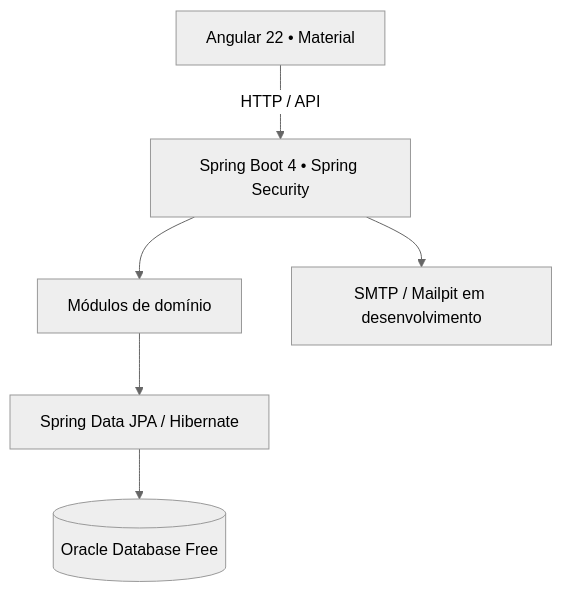
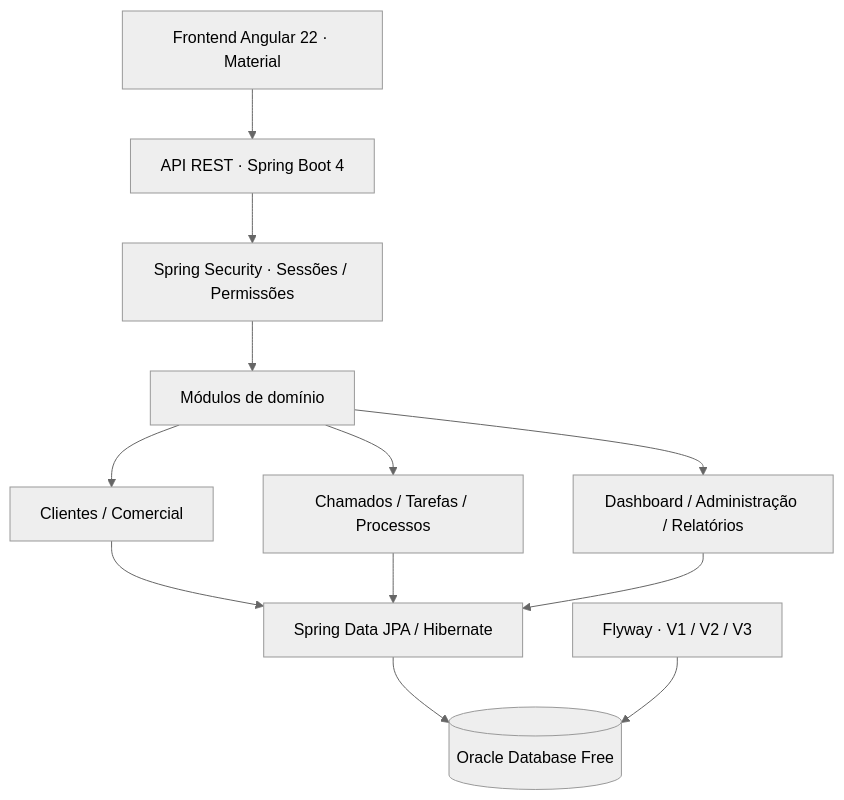
One commit to WalterMatheusgg/NEXUS changed the diagram in README.md. Above: the diagram before and after it, drawn with Mermaid (neutral theme). The commit also changed other lines of this file, not shown here.

Commit message:
docs: redesign flagship Nexus CRM README with dashboard, architecture and runbook

````diff
--- a/README.md
+++ b/README.md
@@ -74,8 +63,14 @@
 ```mermaid
 flowchart TD
-    A["Angular 22 • Material"] -->|"HTTP / API"| B["Spring Boot 4 • Spring Security"]
-    B --> C["Módulos de domínio"]
-    C --> D["Spring Data JPA / Hibernate"]
-    D --> E[("Oracle Database Free")]
-    B --> F["SMTP / Mailpit em desenvolvimento"]
+    USER["Frontend Angular 22 · Material"] --> API["API REST · Spring Boot 4"]
+    API --> SEC["Spring Security · Sessões / Permissões"]
+    SEC --> DOM["Módulos de domínio"]
+    DOM --> CUSTOMER["Clientes / Comercial"]
+    DOM --> OPS["Chamados / Tarefas / Processos"]
+    DOM --> ADMIN["Dashboard / Administração / Relatórios"]
+    CUSTOMER --> JPA["Spring Data JPA / Hibernate"]
+    OPS --> JPA
+    ADMIN --> JPA
+    JPA --> ORACLE[("Oracle Database Free")]
+    FLYWAY["Flyway · V1 / V2 / V3"] --> ORACLE
 ```
````
